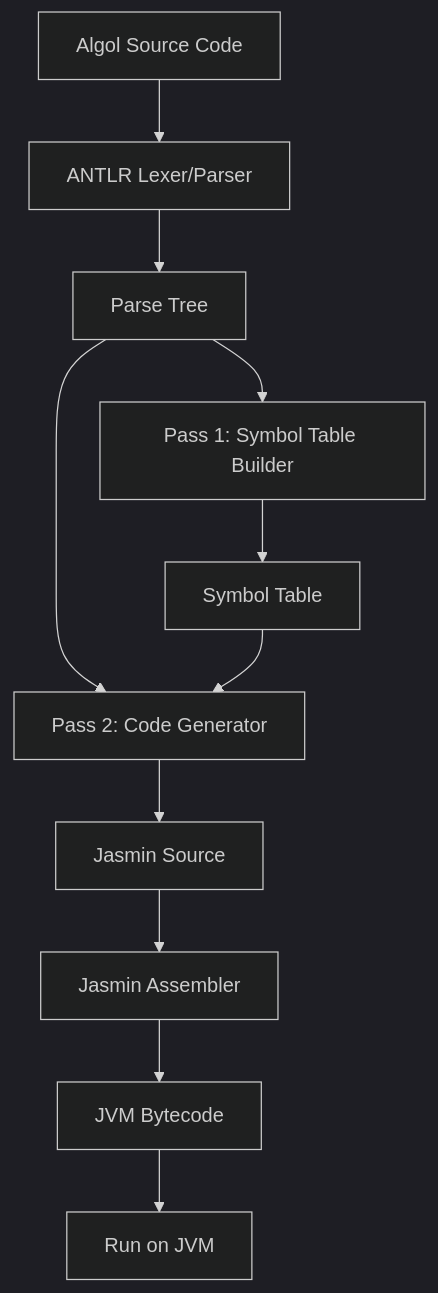
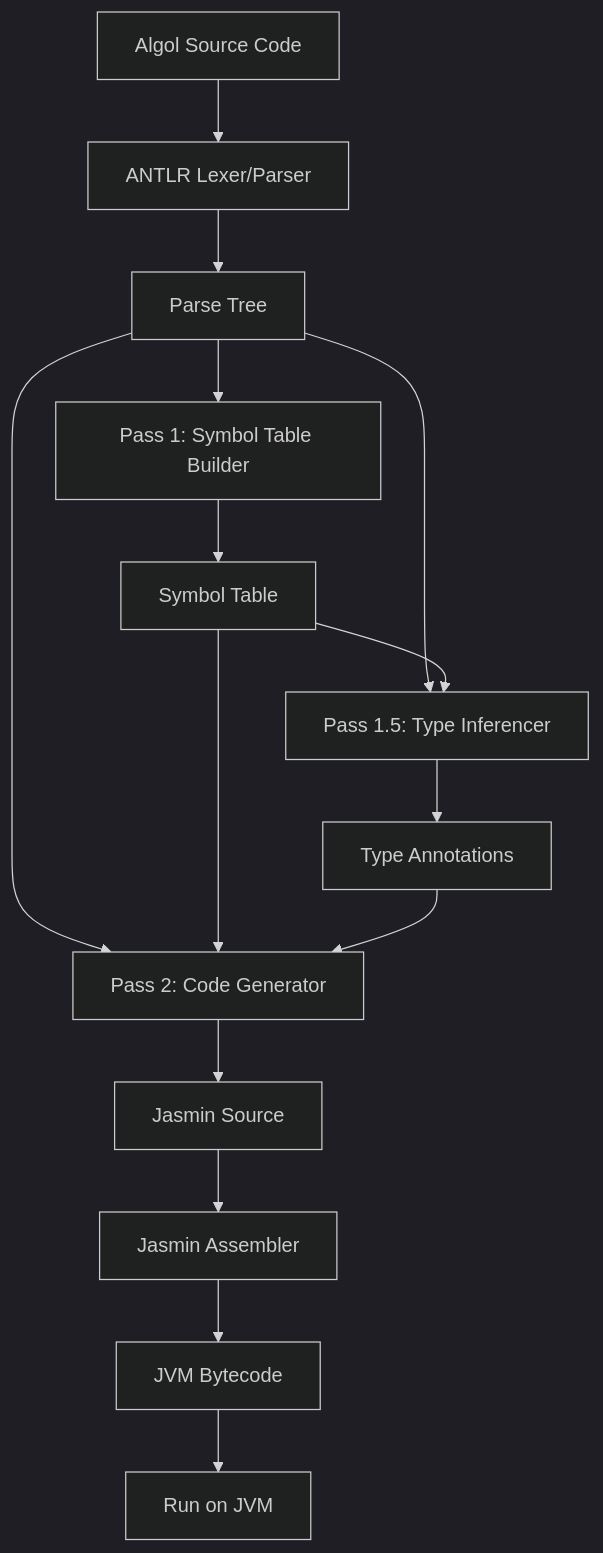
Before and after one commit to gnbonney/Perseus: the first of 2 diagrams in docs/Architecture.md, drawn with Mermaid (dark theme). The commit also changed other lines of this file and 10 other files, not shown here.

````diff
--- a/docs/Architecture.md
+++ b/docs/Architecture.md
@@ -17,13 +18,17 @@
 ```mermaid
 flowchart TD
     A[Algol Source Code] --> B[ANTLR Lexer/Parser]
     B --> C[Parse Tree]
     C --> D[Pass 1: Symbol Table Builder]
     D --> E[Symbol Table]
-    C --> F[Pass 2: Code Generator]
+    C --> F[Pass 1.5: Type Inferencer]
     E --> F
-    F --> G[Jasmin Source]
-    G --> H[Jasmin Assembler]
-    H --> I[JVM Bytecode]
-    I --> J[Run on JVM]
+    F --> G[Type Annotations]
+    C --> H[Pass 2: Code Generator]
+    E --> H
+    G --> H
+    H --> I[Jasmin Source]
+    I --> J[Jasmin Assembler]
+    J --> K[JVM Bytecode]
+    K --> L[Run on JVM]
 ```
````
